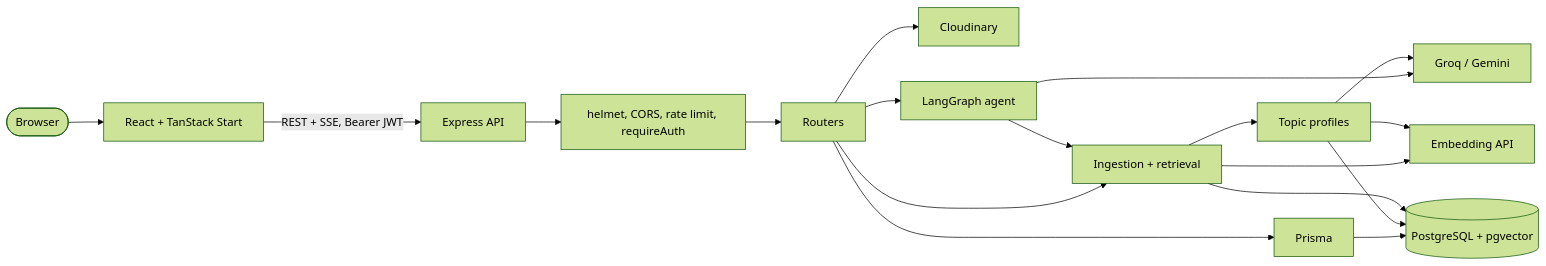
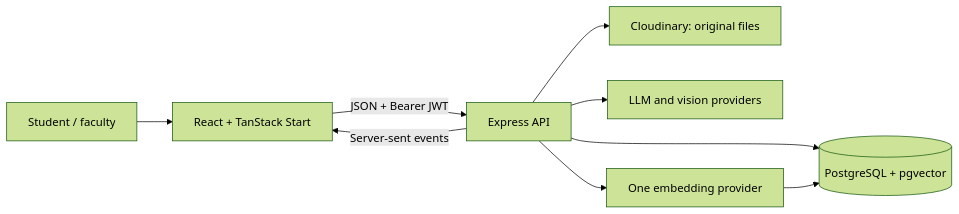
Before and after one commit to nemida/CampusBrain: the diagram in README.md, drawn with Mermaid (forest theme). The commit also changed other lines of this file and 77 other files, not shown here.

````diff
--- a/README.md
+++ b/README.md
@@ -362,21 +25,11 @@
 ```mermaid
 flowchart LR
-    B(["Browser"]) --> FE["React + TanStack Start"]
-    FE -- "REST + SSE, Bearer JWT" --> API["Express API"]
-
-    API --> MW["helmet, CORS, rate limit, requireAuth"]
-    MW --> R["Routers"]
-    R --> PR["Prisma"]
-    PR --> DB[("PostgreSQL + pgvector")]
-    R --> CLD["Cloudinary"]
-    R --> AG["LangGraph agent"]
-    R --> ING["Ingestion + retrieval"]
-    AG --> LLM["Groq / Gemini"]
-    ING --> EMB["Embedding API"]
-    ING --> TP["Topic profiles"]
-    TP --> LLM
-    TP --> EMB
-    TP --> DB
-    ING --> DB
-    AG --> ING
+    Student["Student / faculty"] --> Web["React + TanStack Start"]
+    Web -->|"JSON + Bearer JWT"| API["Express API"]
+    API --> DB[("PostgreSQL + pgvector")]
+    API --> Files["Cloudinary: original files"]
+    API --> AI["LLM and vision providers"]
+    API --> Embeddings["One embedding provider"]
+    API -->|"Server-sent events"| Web
+    Embeddings --> DB
 ```
````
